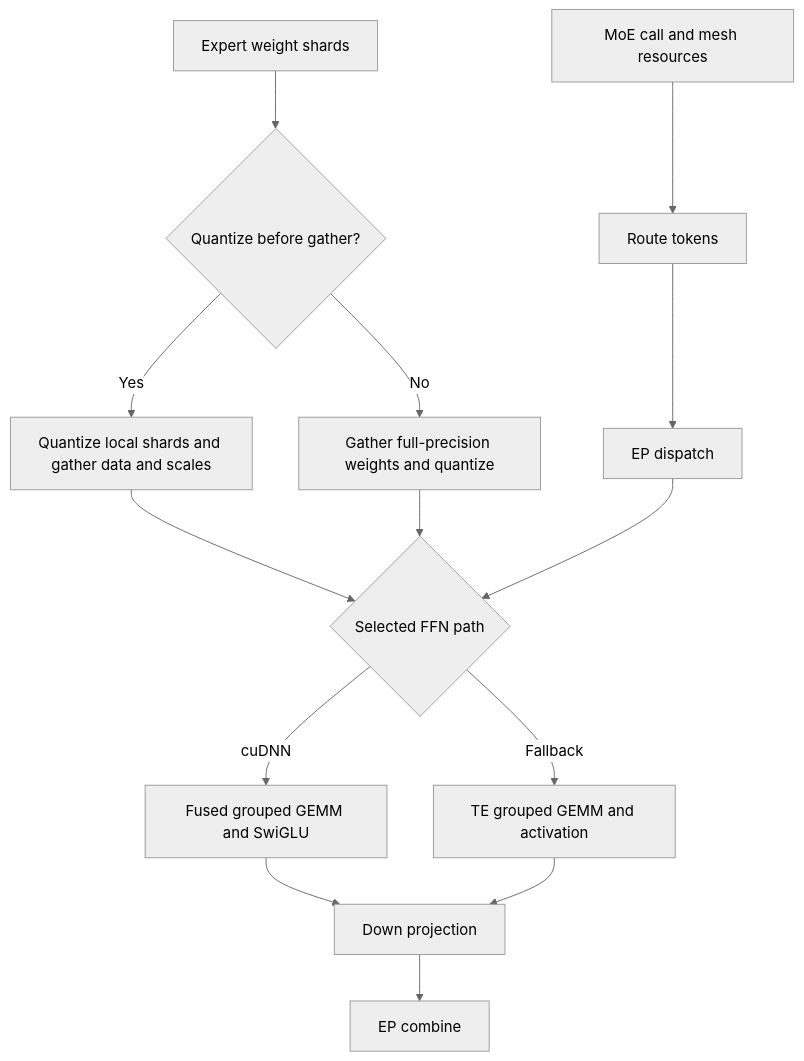
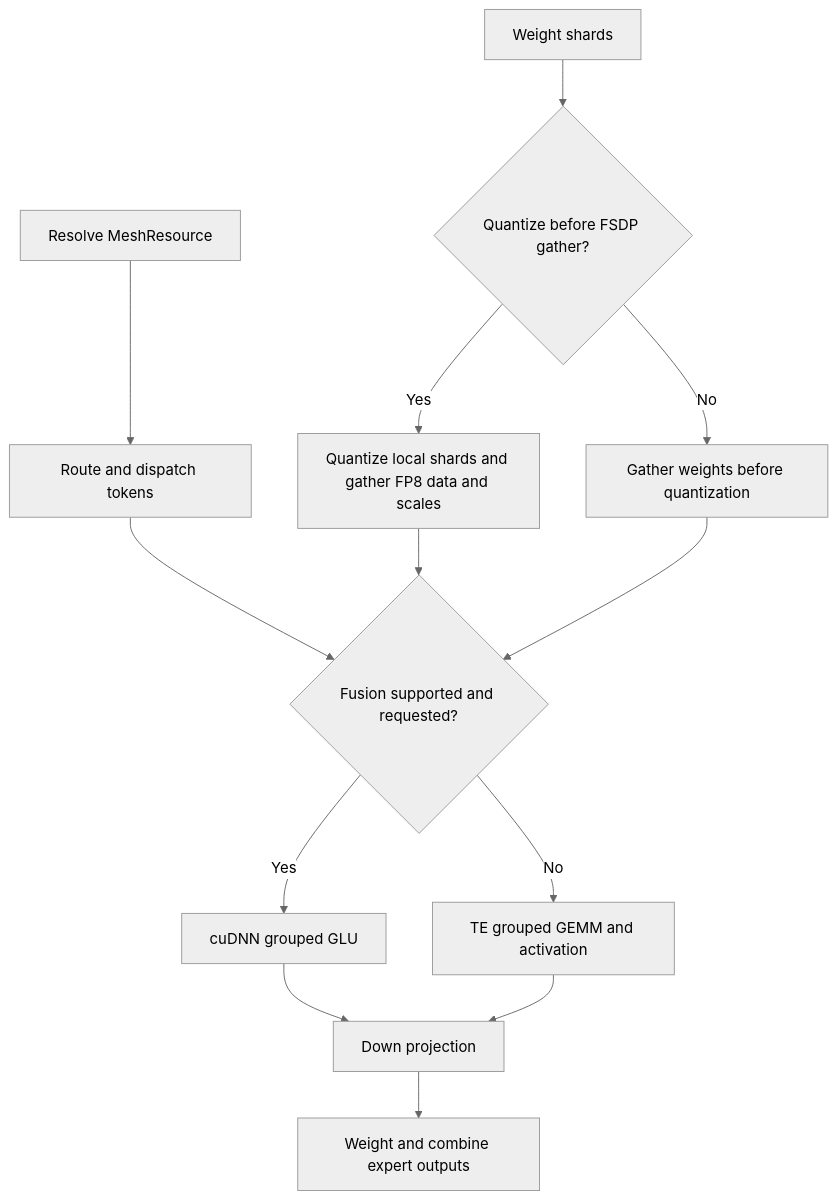
One commit to yuguo-Jack/HCU-TrainFlow changed the diagram in knowledge/projects/transformer-engine/knowledgebase/upstream/prs/NVIDIA--TransformerEngine/PR-3638.md. Above: the diagram before and after it, drawn with Mermaid. The commit also changed other lines of this file and 19088 other files, not shown here.

````diff
--- a/knowledge/projects/transformer-engine/knowledgebase/upstream/prs/NVIDIA--TransformerEngine/PR-3638.md
+++ b/knowledge/projects/transformer-engine/knowledgebase/upstream/prs/NVIDIA--TransformerEngine/PR-3638.md
@@ -98,17 +140,16 @@
 ```mermaid
 %%{init: {'theme': 'neutral'}}%%
 flowchart TD
-  A[MoE call and mesh resources] --> B[Route tokens]
-  B --> C[EP dispatch]
-  W[Expert weight shards] --> Q{Quantize before gather?}
-  Q -->|Yes| G[Quantize local shards and gather data and scales]
-  Q -->|No| H[Gather full-precision weights and quantize]
-  G --> F{Selected FFN path}
-  H --> F
-  C --> F
-  F -->|cuDNN| D[Fused grouped GEMM and SwiGLU]
-  F -->|Fallback| E[TE grouped GEMM and activation]
-  D --> I[Down projection]
-  E --> I
-  I --> J[EP combine]
+  A[Resolve MeshResource] --> B[Route and dispatch tokens]
+  B --> C{Fusion supported and requested?}
+  W[Weight shards] --> Q{Quantize before FSDP gather?}
+  Q -->|Yes| F[Quantize local shards and gather FP8 data and scales]
+  Q -->|No| G[Gather weights before quantization]
+  F --> C
+  G --> C
+  C -->|Yes| H[cuDNN grouped GLU]
+  C -->|No| I[TE grouped GEMM and activation]
+  H --> J[Down projection]
+  I --> J
+  J --> K[Weight and combine expert outputs]
 ```
````
